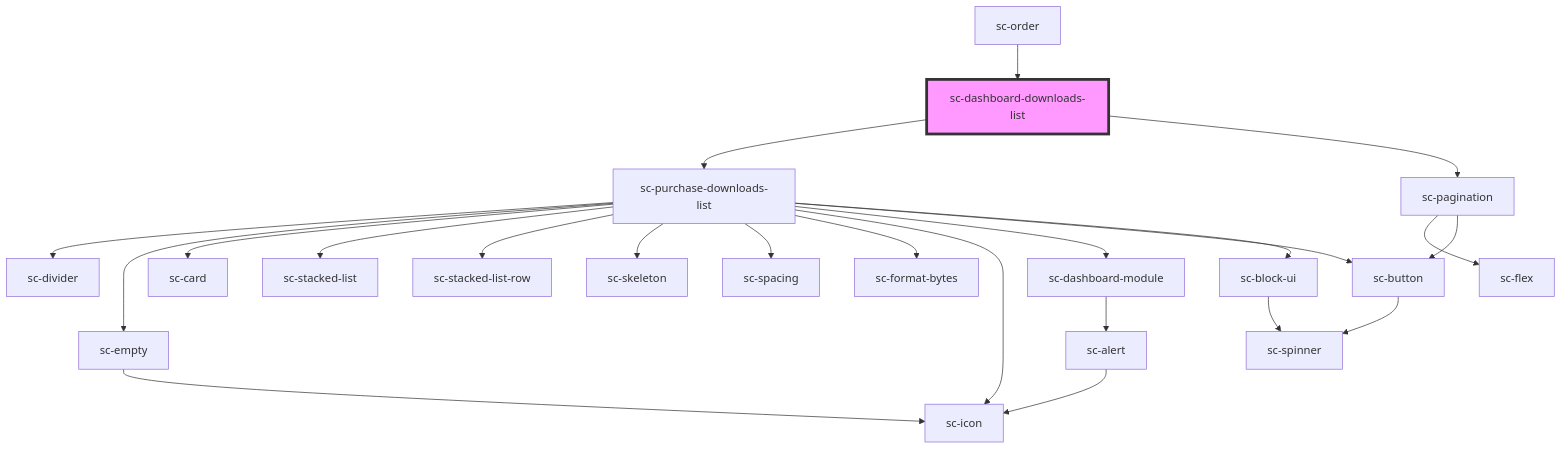
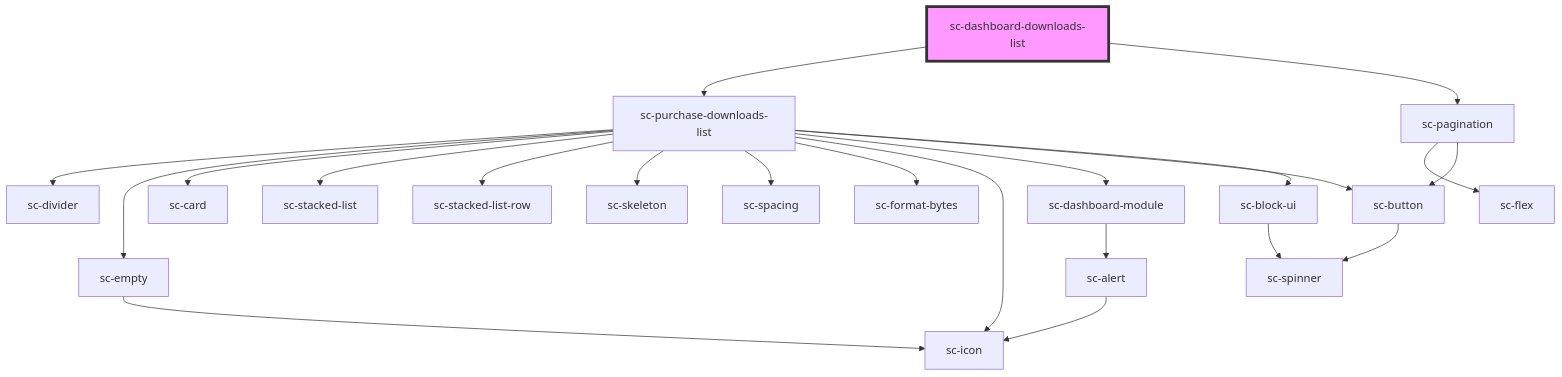
The diagram in packages/components/src/components/controllers/dashboard/dashboard-downloads-list/readme.md (surecart/surecart-wp-plugin), drawn with Mermaid before and after one commit. The commit also changed other lines of this file and 22 other files, not shown here.

````diff
--- a/packages/components/src/components/controllers/dashboard/dashboard-downloads-list/readme.md
+++ b/packages/components/src/components/controllers/dashboard/dashboard-downloads-list/readme.md
@@ -30,26 +26,25 @@
 ```mermaid
 graph TD;
   sc-dashboard-downloads-list --> sc-purchase-downloads-list
   sc-dashboard-downloads-list --> sc-pagination
   sc-purchase-downloads-list --> sc-divider
   sc-purchase-downloads-list --> sc-empty
   sc-purchase-downloads-list --> sc-card
   sc-purchase-downloads-list --> sc-stacked-list
   sc-purchase-downloads-list --> sc-stacked-list-row
   sc-purchase-downloads-list --> sc-skeleton
   sc-purchase-downloads-list --> sc-spacing
   sc-purchase-downloads-list --> sc-format-bytes
   sc-purchase-downloads-list --> sc-icon
   sc-purchase-downloads-list --> sc-dashboard-module
   sc-purchase-downloads-list --> sc-button
   sc-purchase-downloads-list --> sc-block-ui
   sc-empty --> sc-icon
   sc-dashboard-module --> sc-alert
   sc-alert --> sc-icon
   sc-button --> sc-spinner
   sc-block-ui --> sc-spinner
   sc-pagination --> sc-flex
   sc-pagination --> sc-button
-  sc-order --> sc-dashboard-downloads-list
   style sc-dashboard-downloads-list fill:#f9f,stroke:#333,stroke-width:4px
 ```
````
